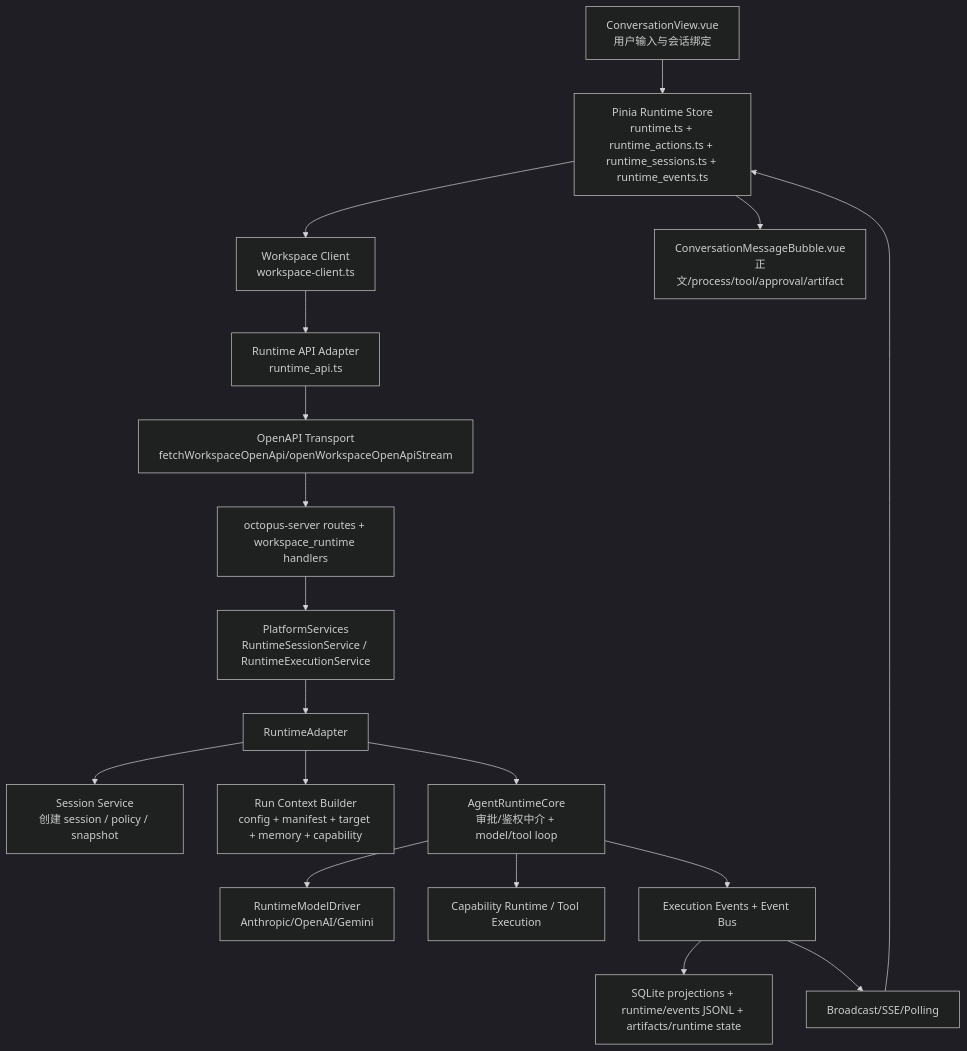
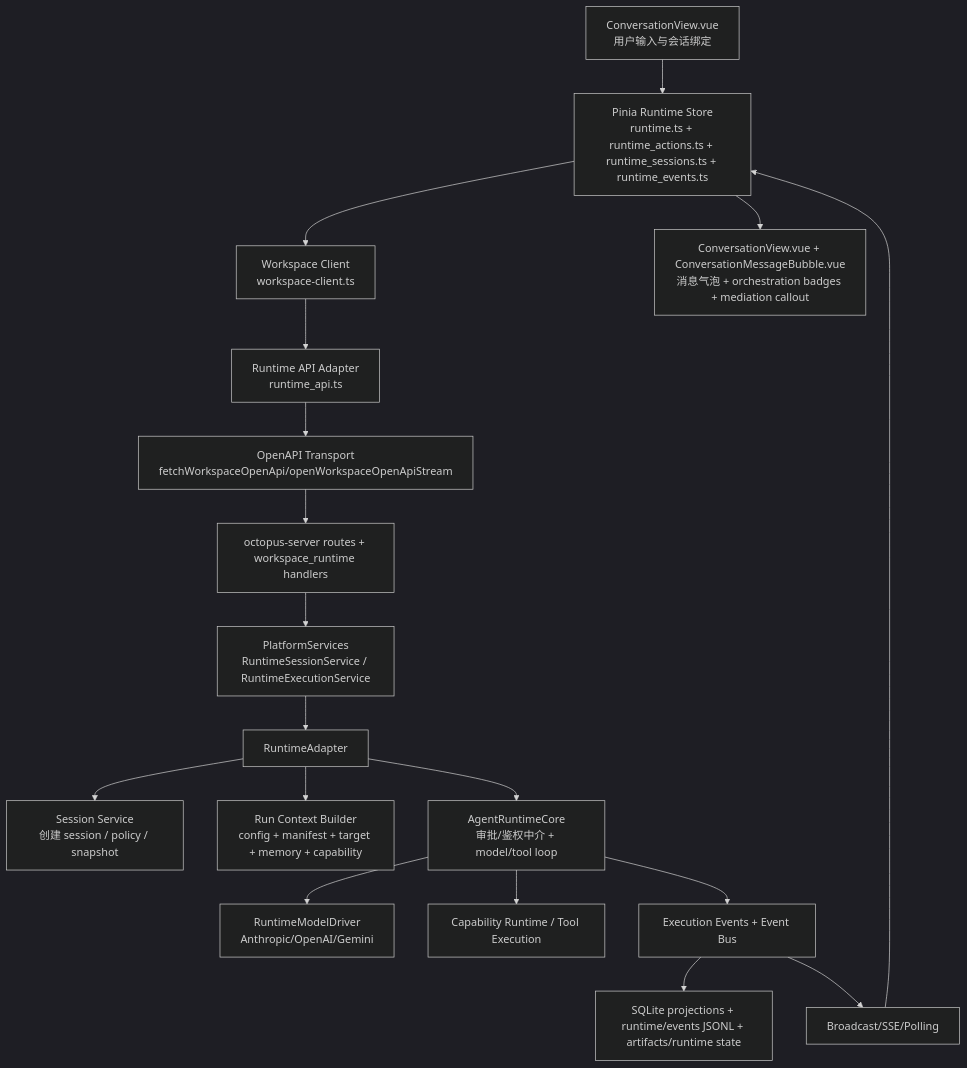
The first of 2 diagrams in docs/plans/agent/2026-04-18-runtime-message-model-display-chain.md (GoyacJ/octopus), drawn with Mermaid (dark theme) before and after one commit. The commit also changed other lines of this file and 45 other files, not shown here.

````diff
--- a/docs/plans/agent/2026-04-18-runtime-message-model-display-chain.md
+++ b/docs/plans/agent/2026-04-18-runtime-message-model-display-chain.md
@@ -38,20 +40,20 @@
 ```mermaid
 flowchart TD
     A["ConversationView.vue<br/>用户输入与会话绑定"] --> B["Pinia Runtime Store<br/>runtime.ts + runtime_actions.ts + runtime_sessions.ts + runtime_events.ts"]
     B --> C["Workspace Client<br/>workspace-client.ts"]
     C --> D["Runtime API Adapter<br/>runtime_api.ts"]
     D --> E["OpenAPI Transport<br/>fetchWorkspaceOpenApi/openWorkspaceOpenApiStream"]
     E --> F["octopus-server routes + workspace_runtime handlers"]
     F --> G["PlatformServices<br/>RuntimeSessionService / RuntimeExecutionService"]
     G --> H["RuntimeAdapter"]
     H --> I["Session Service<br/>创建 session / policy / snapshot"]
     H --> J["Run Context Builder<br/>config + manifest + target + memory + capability"]
     H --> K["AgentRuntimeCore<br/>审批/鉴权中介 + model/tool loop"]
     K --> L["RuntimeModelDriver<br/>Anthropic/OpenAI/Gemini"]
     K --> M["Capability Runtime / Tool Execution"]
     K --> N["Execution Events + Event Bus"]
     N --> O["SQLite projections + runtime/events JSONL + artifacts/runtime state"]
     N --> P["Broadcast/SSE/Polling"]
     P --> B
-    B --> Q["ConversationMessageBubble.vue<br/>正文/process/tool/approval/artifact"]
+    B --> Q["ConversationView.vue + ConversationMessageBubble.vue<br/>消息气泡 + orchestration badges + mediation callout"]
 ```
````
